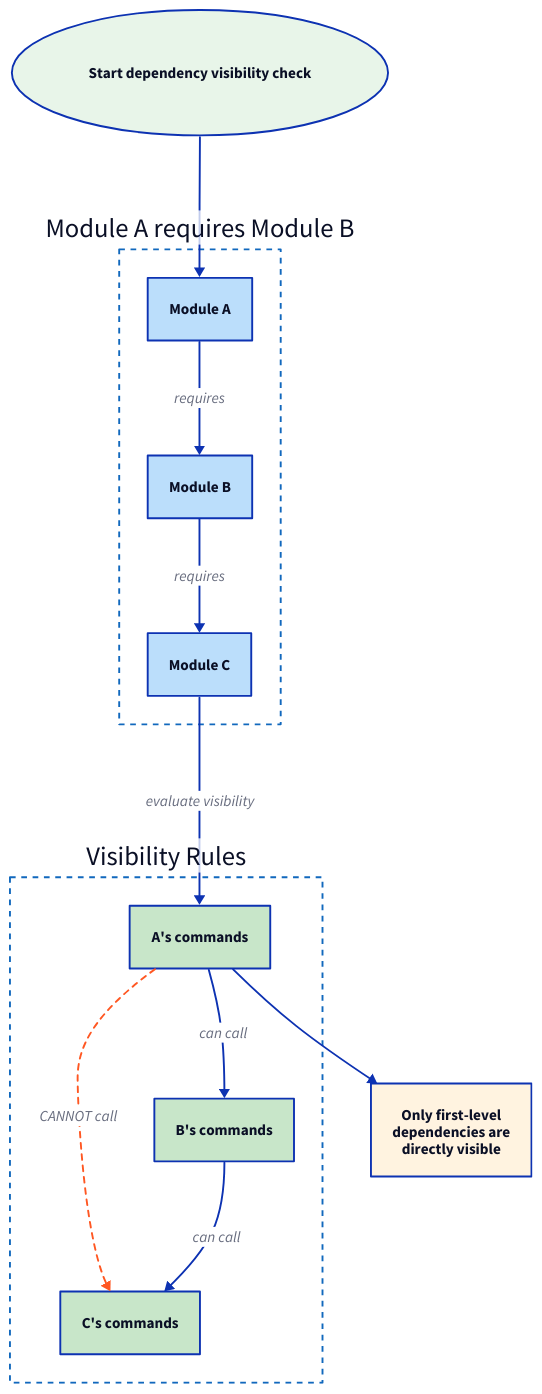
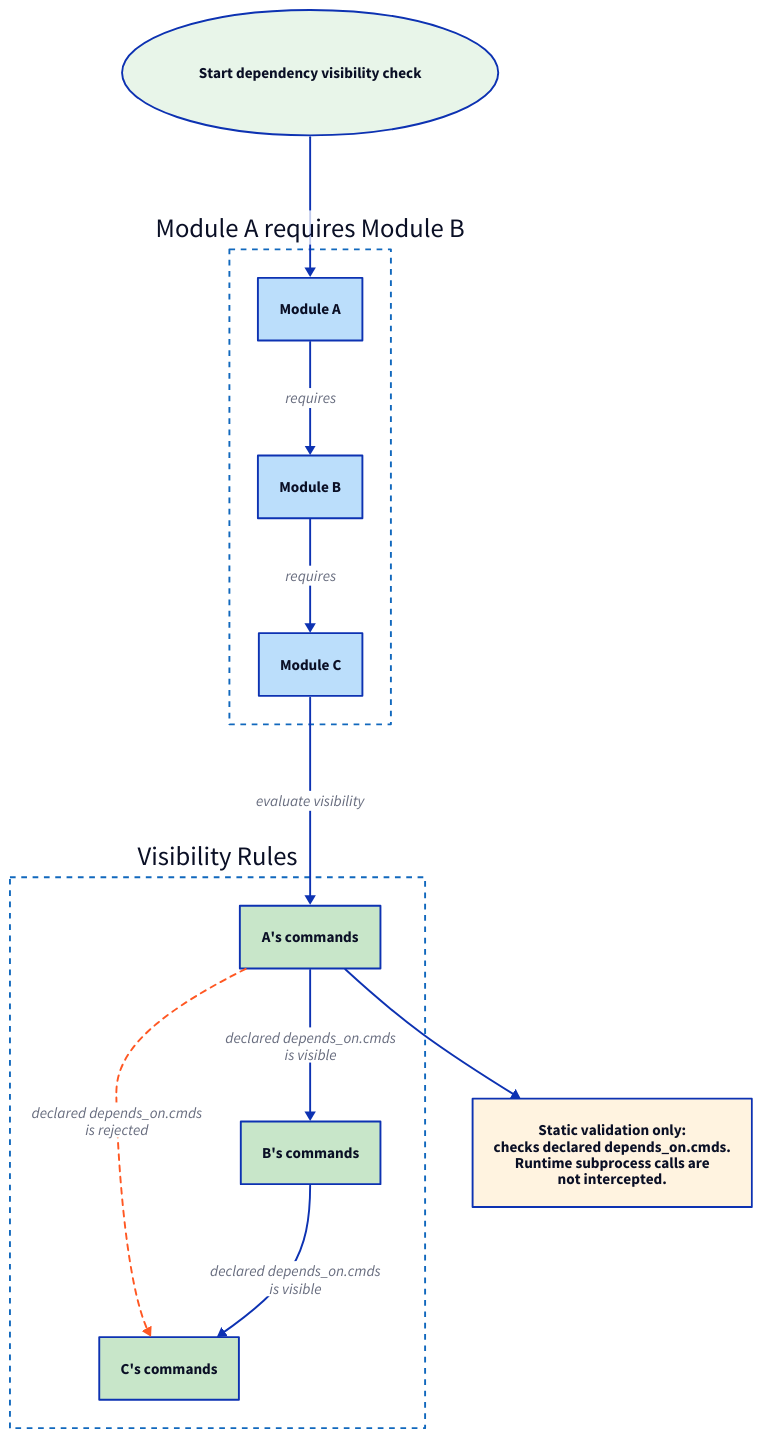
The diagram in docs/diagrams/flowcharts/discovery-deps.d2 (invowk/invowk), drawn with D2 before and after one commit. The commit also changed 49 other files, not shown here. The source asks for the TALA layout; these drawings use dagre instead.

First line of the commit message:
docs(diagrams): enforce TALA diagram renders

```diff
--- a/docs/diagrams/flowcharts/discovery-deps.d2
+++ b/docs/diagrams/flowcharts/discovery-deps.d2
@@ -1,93 +1,93 @@
 # Module Dependency Visibility Flowchart
 #
 # Shows how command visibility works between modules.
 # Key principle: Only first-level dependencies are directly visible.
 #
 # Source: docs/architecture/flowchart-discovery.md
 
 vars: {
   d2-config: {
     layout-engine: tala
   }
 }
 
 direction: down
 
 # ==============================================================================
 # Entry Point
 # ==============================================================================
 
 Start: Start dependency visibility check {
   shape: oval
   style.fill: "#E8F5E9"
 }
 
 # ==============================================================================
 # Module Dependency Chain
 # ==============================================================================
 
 dep_chain: Module A requires Module B {
   style: {
     stroke: "#1168BD"
     stroke-dash: 3
     fill: transparent
   }
 
   ModA: Module A {
     style.fill: "#BBDEFB"
   }
 
   ModB: Module B {
     style.fill: "#BBDEFB"
   }
 
   ModC: Module C {
     style.fill: "#BBDEFB"
   }
 
   ModA -> ModB: requires
   ModB -> ModC: requires
 }
 
 # ==============================================================================
 # Visibility Rules
 # ==============================================================================
 
 visibility: Visibility Rules {
   style: {
     stroke: "#1168BD"
     stroke-dash: 3
     fill: transparent
   }
 
   CmdsA: A's commands {
     style.fill: "#C8E6C9"
   }
 
   CmdsB: B's commands {
     style.fill: "#C8E6C9"
   }
 
   CmdsC: C's commands {
     style.fill: "#C8E6C9"
   }
 
-  CmdsA -> CmdsB: can call
-  CmdsA -> CmdsC: CANNOT call {
+  CmdsA -> CmdsB: "declared depends_on.cmds\nis visible"
+  CmdsA -> CmdsC: "declared depends_on.cmds\nis rejected" {
     style.stroke-dash: 3
     style.stroke: "#FF5722"
   }
-  CmdsB -> CmdsC: can call
+  CmdsB -> CmdsC: "declared depends_on.cmds\nis visible"
 }
 
 # ==============================================================================
 # Explanation
 # ==============================================================================
 
-Note: Only first-level\ndependencies are\ndirectly visible {
+Note: Static validation only:\nchecks declared depends_on.cmds.\nRuntime subprocess calls are\nnot intercepted. {
   style.fill: "#FFF3E0"
 }
 
 Start -> dep_chain.ModA
 dep_chain.ModC -> visibility.CmdsA: evaluate visibility
 visibility.CmdsA -> Note
```
